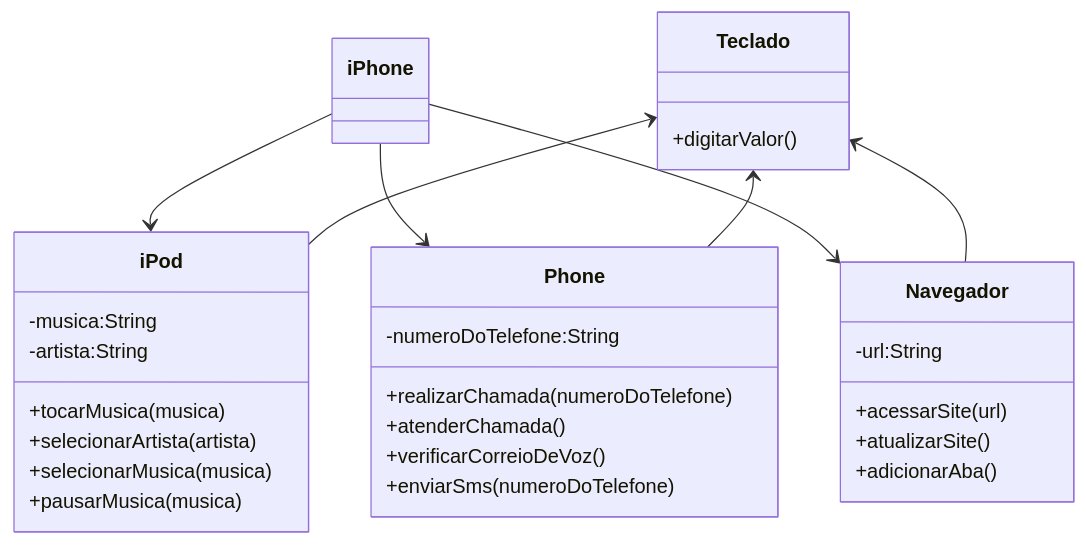
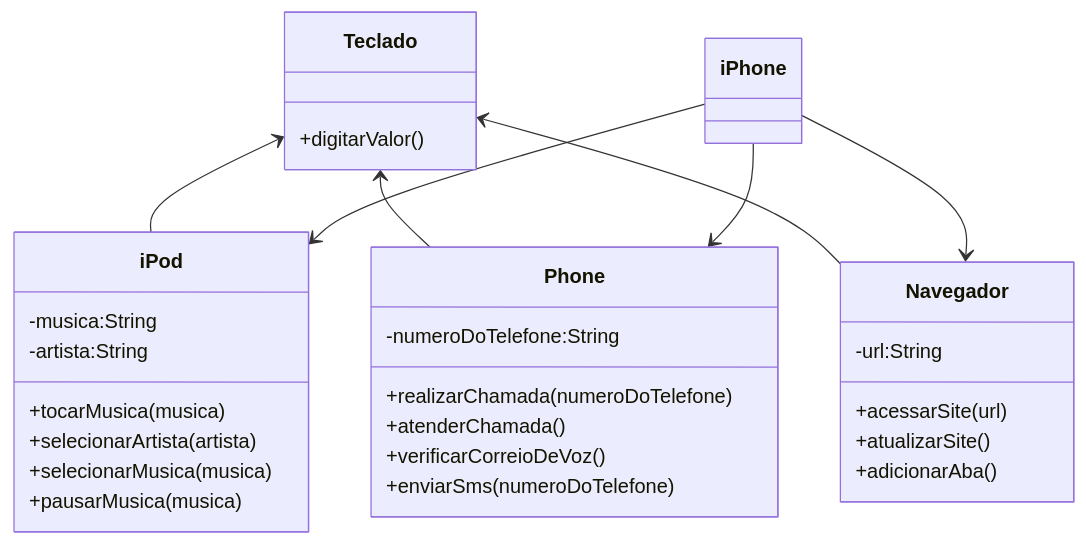
Before and after one commit to rodrigoduartesilva/desafio-diagramacao-de-classes-iphone: the diagram in README.md, drawn with Mermaid.

Commit message:
docs: interface Teclado implementada

````diff
--- a/README.md
+++ b/README.md
@@ -32,45 +32,46 @@
 ```mermaid
 classDiagram
+
+     class Teclado{
+        +digitarValor()
+     }
+    
+     Teclado <-- iPod
+     Teclado <-- Phone
+     Teclado <-- Navegador
+        
     class iPod {
         -musica:String
         -artista:String
         
         +tocarMusica(musica)
         +selecionarArtista(artista)
         +selecionarMusica(musica)
         +pausarMusica(musica)
     }
 
     class Phone {
         -numeroDoTelefone:String
         
         +realizarChamada(numeroDoTelefone)
         +atenderChamada()
         +verificarCorreioDeVoz()
         +enviarSms(numeroDoTelefone)
     }
 
     class Navegador {
         -url:String
         
         +acessarSite(url)
         +atualizarSite()
         +adicionarAba()
     }
 
     class iPhone {
     }
 
     iPhone --> iPod
     iPhone --> Phone
     iPhone --> Navegador
     
-    class Teclado{
-        +digitarValor()
-    }
-    
-    Teclado <-- iPod
-    Teclado <-- Phone
-    Teclado <-- Navegador
-    
 ```
````
